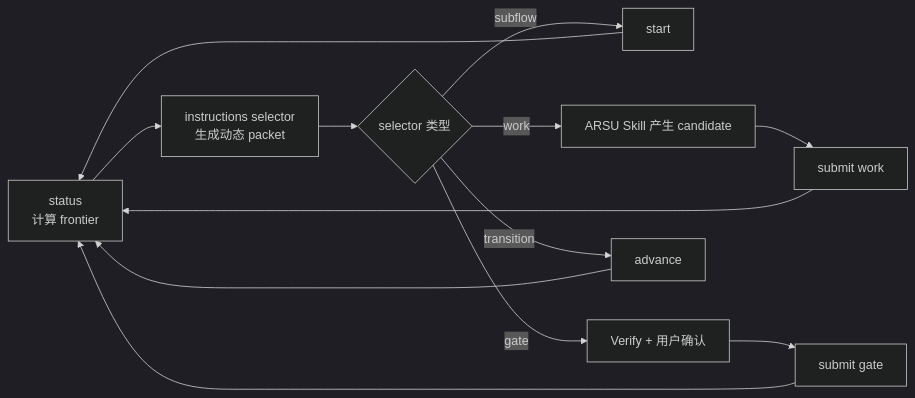
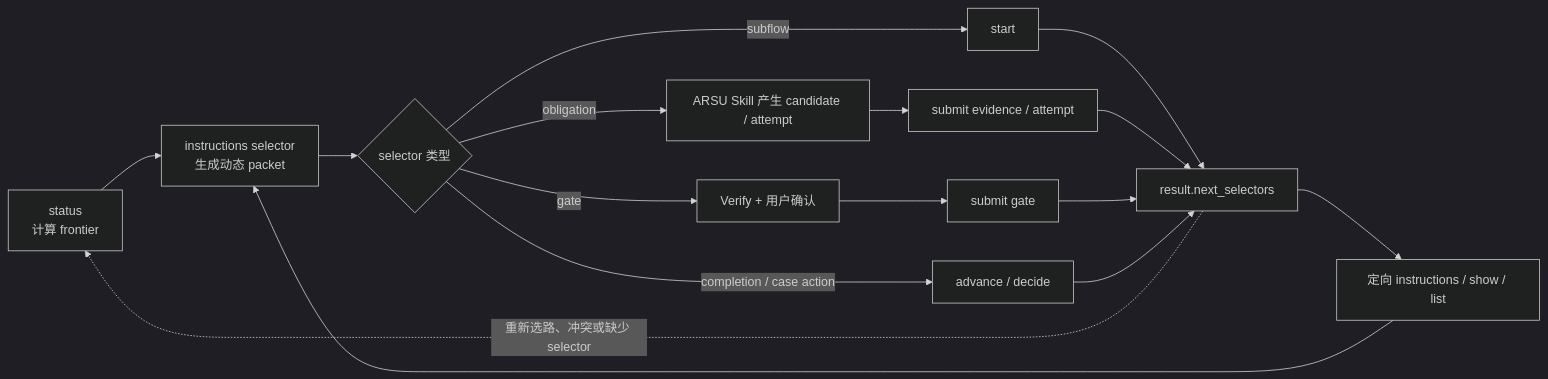
Before and after one commit to leike0813/ResearchSpec: the second of 8 diagrams in docs/arsu_user_usage_model.md, drawn with Mermaid (dark theme). The commit also changed other lines of this file and 114 other files, not shown here.

````diff
--- a/docs/arsu_user_usage_model.md
+++ b/docs/arsu_user_usage_model.md
@@ -174,15 +178,18 @@
 ```mermaid
 flowchart LR
     S["status<br/>计算 frontier"] --> I["instructions selector<br/>生成动态 packet"]
     I --> K{"selector 类型"}
     K -->|"subflow"| A["start"]
-    K -->|"work"| W["ARSU Skill 产生 candidate"]
-    W --> SW["submit work"]
+    K -->|"obligation"| W["ARSU Skill 产生 candidate / attempt"]
+    W --> SW["submit evidence / attempt"]
     K -->|"gate"| V["Verify + 用户确认"]
     V --> SG["submit gate"]
-    K -->|"transition"| T["advance"]
-    A --> S
-    SW --> S
-    SG --> S
-    T --> S
+    K -->|"completion / case action"| T["advance / decide"]
+    A --> NS["result.next_selectors"]
+    SW --> NS
+    SG --> NS
+    T --> NS
+    NS --> D["定向 instructions / show / list"]
+    D --> I
+    NS -. "重新选路、冲突或缺少 selector" .-> S
 ```
````
